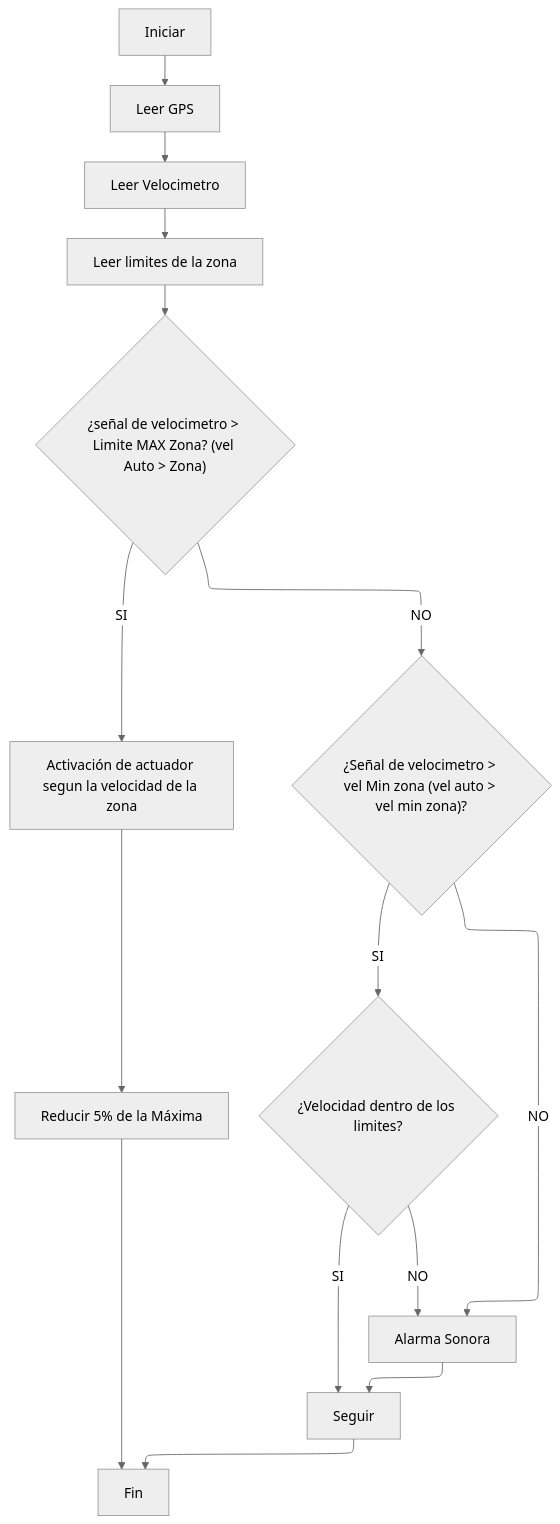
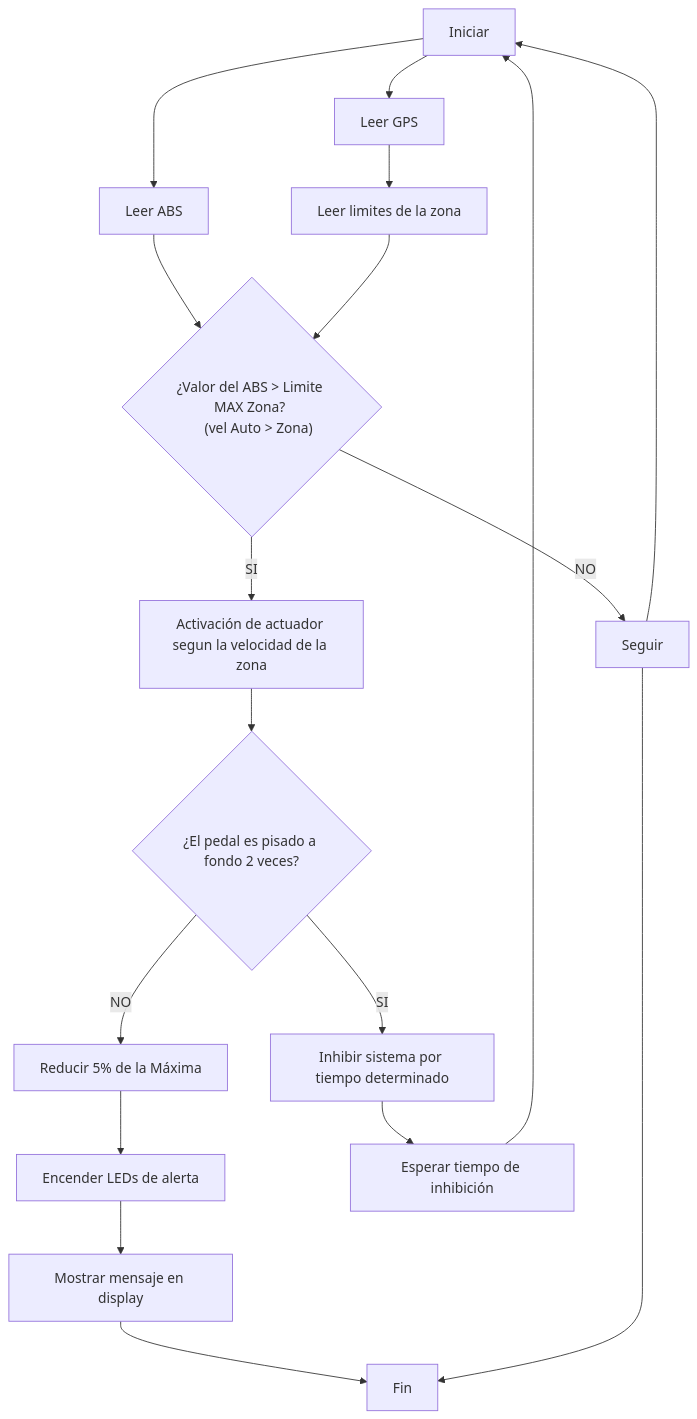
One commit to proyectoitsv/2025_REGVEL changed the diagram in Documentación (diagramas + plantillas)/Daigrama de Flujo/Diagrama de flujo.mmd. Above: the diagram before and after it, drawn with Mermaid. The commit also changed 1 other file, not shown here.

Commit message:
actualización de Diagrama de flujo

```diff
--- a/Documentación (diagramas + plantillas)/Daigrama de Flujo/Diagrama de flujo.mmd
+++ b/Documentación (diagramas + plantillas)/Daigrama de Flujo/Diagrama de flujo.mmd
@@ -1,21 +1,17 @@
----
-config:
-  layout: elk
-  theme: neutral
-  look: classic
----
 flowchart TD
     A["Iniciar"] --> B["Leer GPS"]
-    B --> C["Leer Velocimetro"]
-    C --> D["Leer limites de la zona"]
-    D --> E{"¿señal de velocimetro > Limite MAX Zona? (vel Auto > Zona)"}
+    A --> C["Leer ABS"]
+    B --> D["Leer limites de la zona"]
+    C & D --> E{"¿Valor del ABS > Limite MAX Zona? 
+    (vel Auto > Zona)"}
     E -- SI --> F["Activación de actuador segun la velocidad de la zona"]
-    F --> G["Reducir 5% de la Máxima"]
-    G --> H["Fin"]
-    E -- NO --> I{"¿Señal de velocimetro > vel Min zona (vel auto > vel min zona)?"}
-    I -- NO --> J["Alarma Sonora"]
-    J --> K["Seguir"]
-    K --> H
-    I -- SI --> L{"¿Velocidad dentro de los limites?"}
-    L -- SI --> K
-    L -- NO --> J
+    F --> G{"¿El pedal es pisado a fondo 2 veces?"}
+    G -- NO --> H["Reducir 5% de la Máxima"]
+     --> J["Encender LEDs de alerta"]
+    J --> K["Mostrar mensaje en display"]
+    K --> L["Fin"]
+    G -- SI --> M["Inhibir sistema por tiempo determinado"]
+    M --> N["Esperar tiempo de inhibición"]
+    N --> A 
+    E -- NO --> O["Seguir"]
+    O --> L & A 
```
